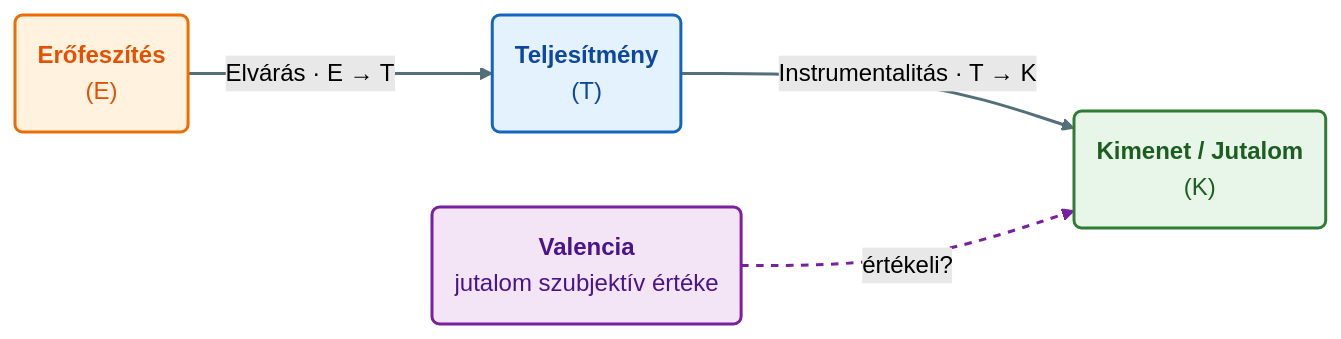
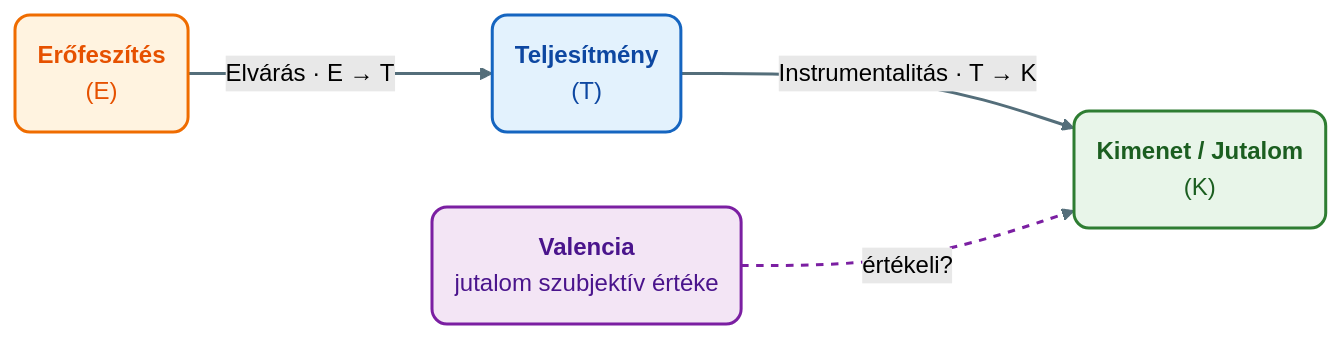
The second of 3 diagrams in Tételek/K06-GMXMD1MBLF-Motivációs elméletek.tétel.md (denespocsik/MM_BSC_Zarovizsga), drawn with Mermaid (forest theme) before and after one commit. The commit also changed other lines of this file and 34 other files, not shown here.

First line of the commit message:
style(tételek): egységes vizuális arculat a Mermaid-diagramokhoz

````diff
--- a/Tételek/K06-GMXMD1MBLF-Motivációs elméletek.tétel.md
+++ b/Tételek/K06-GMXMD1MBLF-Motivációs elméletek.tétel.md
@@ -81,24 +75,19 @@
 ```mermaid
 graph LR
-    E("<b>Erőfeszítés</b><br/>(E)")
-    T("<b>Teljesítmény</b><br/>(T)")
-    K("<b>Kimenet / Jutalom</b><br/>(K)")
-    V("<b>Valencia</b><br/>jutalom szubjektív értéke")
+    E("<b>Erőfeszítés</b><br/>(E)"):::narancs
+    T("<b>Teljesítmény</b><br/>(T)"):::kek
+    K("<b>Kimenet / Jutalom</b><br/>(K)"):::zold
+    V("<b>Valencia</b><br/>jutalom szubjektív értéke"):::lila
 
     E -->|"Elvárás · E → T"| T
     T -->|"Instrumentalitás · T → K"| K
     V -.->|"értékeli?"| K
 
-    classDef eNode fill:#fff3e0,stroke:#ef6c00,stroke-width:2px,color:#e65100;
-    classDef tNode fill:#e3f2fd,stroke:#1565c0,stroke-width:2px,color:#0d47a1;
-    classDef kNode fill:#e8f5e9,stroke:#2e7d32,stroke-width:2px,color:#1b5e20;
-    classDef vNode fill:#f3e5f5,stroke:#7b1fa2,stroke-width:2px,color:#4a148c;
+    classDef kek     fill:#e3f2fd,stroke:#1565c0,stroke-width:2px,color:#0d47a1,rx:10,ry:10;
+    classDef zold    fill:#e8f5e9,stroke:#2e7d32,stroke-width:2px,color:#1b5e20,rx:10,ry:10;
+    classDef narancs fill:#fff3e0,stroke:#ef6c00,stroke-width:2px,color:#e65100,rx:10,ry:10;
+    classDef lila    fill:#f3e5f5,stroke:#7b1fa2,stroke-width:2px,color:#4a148c,rx:10,ry:10;
 
-    class E eNode;
-    class T tNode;
-    class K kNode;
-    class V vNode;
-
-    linkStyle 0,1 stroke:#546e7a,stroke-width:2px;
-    linkStyle 2 stroke:#7b1fa2,stroke-width:2px,stroke-dasharray:5 5;
+    linkStyle default stroke:#546e7a,stroke-width:2px;
+    linkStyle 2 stroke:#7b1fa2,stroke-width:2px,stroke-dasharray: 5 5;
 ```
````
